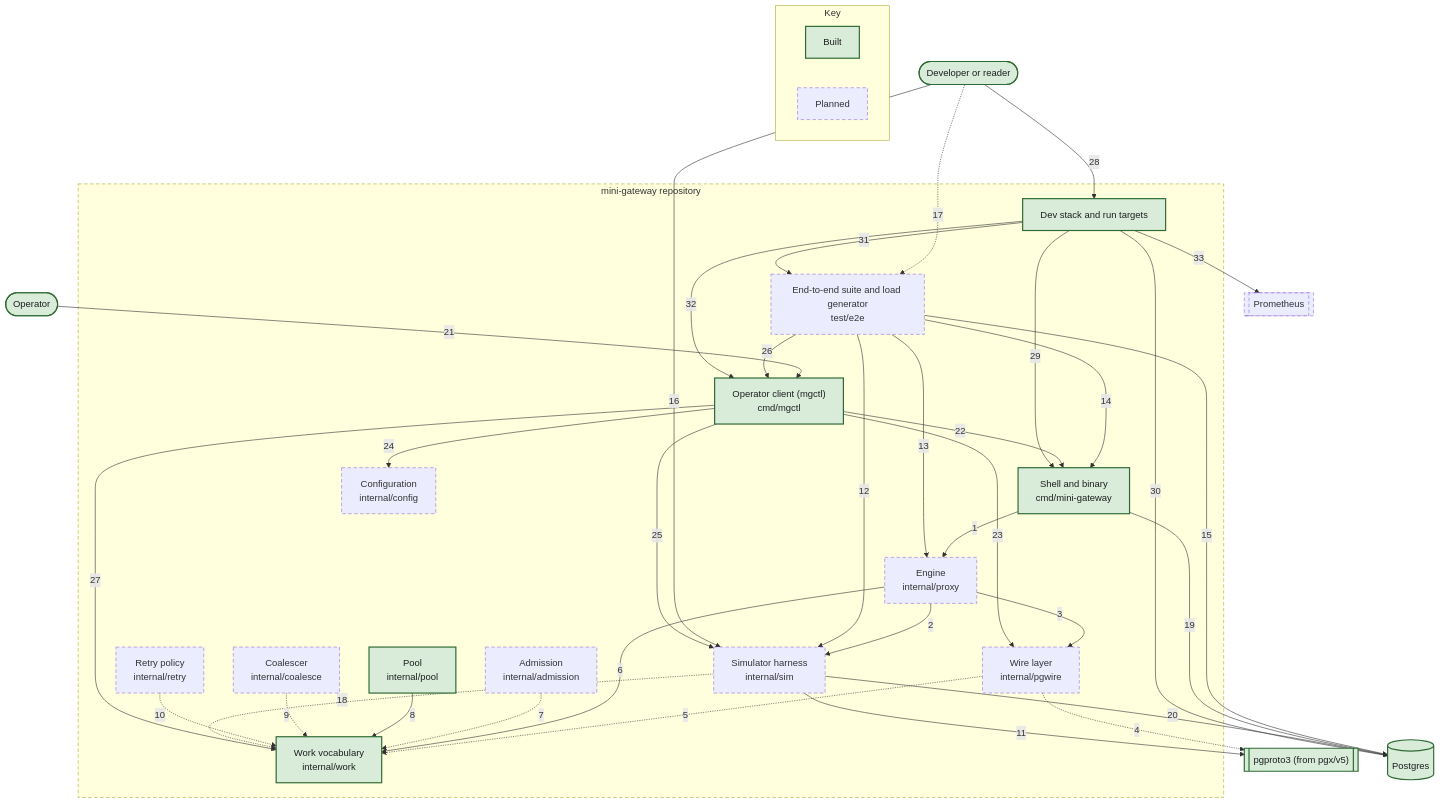
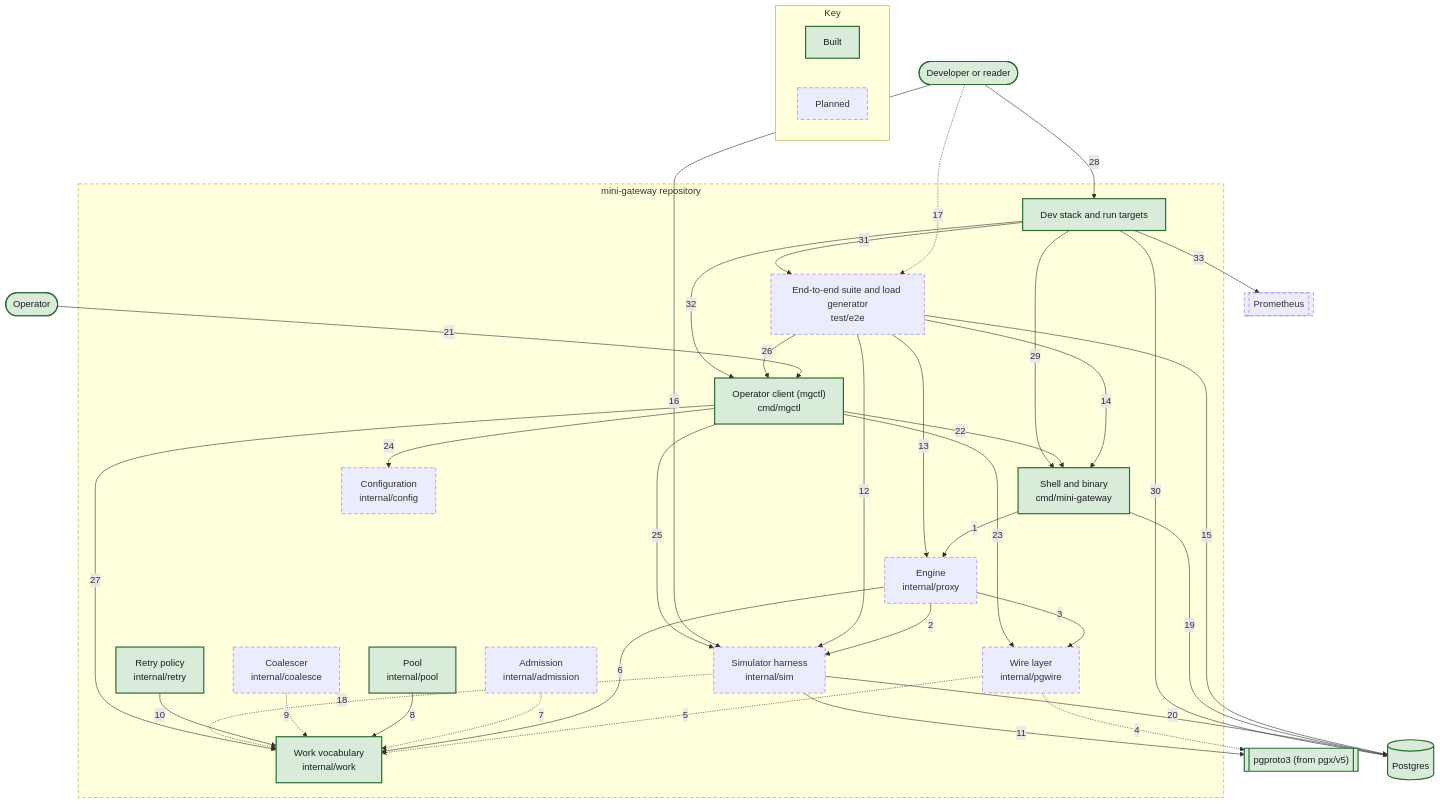
Before and after one commit to nickstrad/mini-gateway: the diagram in docs/c4/diagrams/03-container-drivers-and-seams.mmd, drawn with Mermaid. The commit also changed 19 other files, not shown here.

First line of the commit message:
c4: mark chunk 12's retry policy built and draw its wiring

```diff
--- a/docs/c4/diagrams/03-container-drivers-and-seams.mmd
+++ b/docs/c4/diagrams/03-container-drivers-and-seams.mmd
@@ -1,61 +1,61 @@
 flowchart TB
   DEVELOPER(["Developer or reader"]):::built
   OPERATOR(["Operator"]):::built
   PGPROTO3[["pgproto3 (from pgx/v5)"]]:::built
   PG[("Postgres")]:::built
   PROM[["Prometheus"]]:::planned
   subgraph SCOPE["mini-gateway repository"]
     C_SIM["Simulator harness<br/>internal/sim"]:::planned
     C_E2E["End-to-end suite and load generator<br/>test/e2e"]:::planned
     C_MGCTL["Operator client (mgctl)<br/>cmd/mgctl"]:::built
     C_DEV["Dev stack and run targets"]:::built
     C_SHELL["Shell and binary<br/>cmd/mini-gateway"]:::built
     C_ENGINE["Engine<br/>internal/proxy"]:::planned
     C_PGWIRE["Wire layer<br/>internal/pgwire"]:::planned
     C_WORK["Work vocabulary<br/>internal/work"]:::built
     C_ADM["Admission<br/>internal/admission"]:::planned
     C_POOL["Pool<br/>internal/pool"]:::built
     C_COAL["Coalescer<br/>internal/coalesce"]:::planned
-    C_RETRY["Retry policy<br/>internal/retry"]:::planned
+    C_RETRY["Retry policy<br/>internal/retry"]:::built
     C_CONFIG["Configuration<br/>internal/config"]:::planned
   end
   C_SHELL -->|1| C_ENGINE
   C_ENGINE -->|2| C_SIM
   C_ENGINE -->|3| C_PGWIRE
   C_PGWIRE -.->|4| PGPROTO3
   C_PGWIRE -.->|5| C_WORK
   C_ENGINE -->|6| C_WORK
   C_ADM -.->|7| C_WORK
   C_POOL -->|8| C_WORK
   C_COAL -.->|9| C_WORK
-  C_RETRY -.->|10| C_WORK
+  C_RETRY -->|10| C_WORK
   C_SIM -->|11| PGPROTO3
   C_E2E -->|12| C_SIM
   C_E2E -->|13| C_ENGINE
   C_E2E -->|14| C_SHELL
   C_E2E -->|15| PG
   DEVELOPER -->|16| C_SIM
   DEVELOPER -.->|17| C_E2E
   C_SIM -.->|18| C_WORK
   C_SHELL -->|19| PG
   C_SIM -->|20| PG
   OPERATOR -->|21| C_MGCTL
   C_MGCTL -->|22| C_SHELL
   C_MGCTL -->|23| C_PGWIRE
   C_MGCTL -->|24| C_CONFIG
   C_MGCTL -->|25| C_SIM
   C_E2E -->|26| C_MGCTL
   C_MGCTL -->|27| C_WORK
   DEVELOPER -->|28| C_DEV
   C_DEV -->|29| C_SHELL
   C_DEV -->|30| PG
   C_DEV -->|31| C_E2E
   C_DEV -->|32| C_MGCTL
   C_DEV -->|33| PROM
   subgraph KEY["Key"]
     KEY_BUILT["Built"]:::built
     KEY_PLANNED["Planned"]:::planned
   end
   classDef built fill:#d9ecd9,stroke:#2e6b34,stroke-width:2px,color:#1c1e21
   classDef planned stroke-width:1px,stroke-dasharray:6 4
   style SCOPE stroke-dasharray:6 4
```
